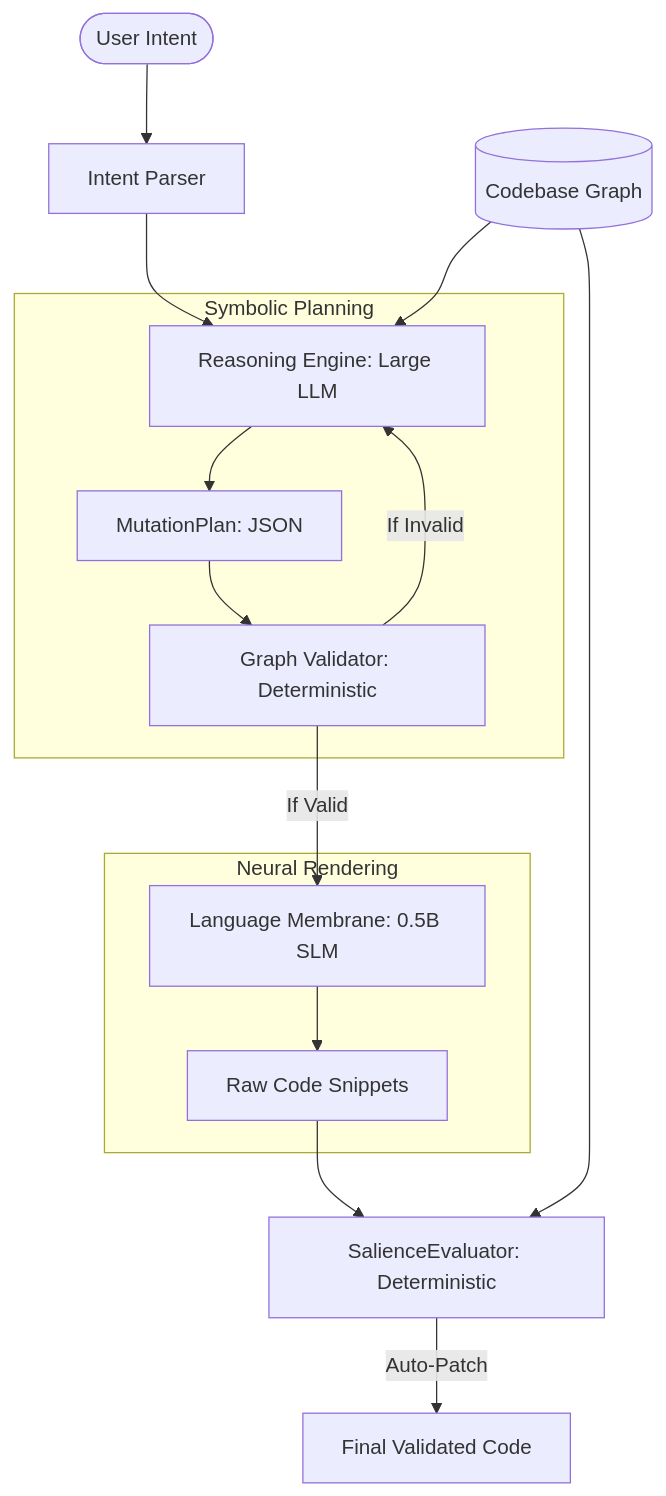
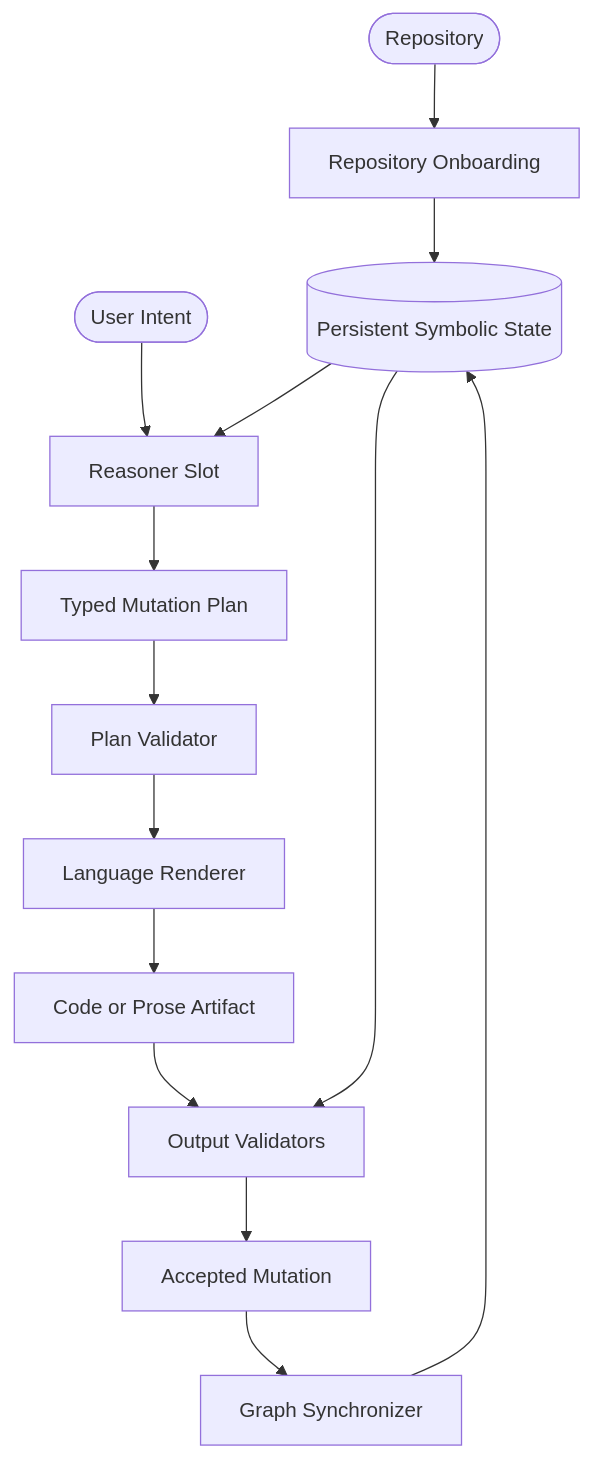
One commit to dchisholm125/graph-oriented-generation changed the diagram in GOG_architecture.md. Above: the diagram before and after it, drawn with Mermaid. The commit also changed other lines of this file and 22 other files, not shown here.

````diff
--- a/GOG_architecture.md
+++ b/GOG_architecture.md
@@ -83,22 +103,16 @@
 ```mermaid
 graph TD
-    User([User Intent]) --> IntentParser[Intent Parser]
-    IntentParser --> Architect[Reasoning Engine: Large LLM]
-    G[(Codebase Graph)] --> Architect
-    
-    subgraph "Symbolic Planning"
-    Architect --> Plan[MutationPlan: JSON]
-    Plan --> Validator[Graph Validator: Deterministic]
-    Validator -- "If Invalid" --> Architect
-    end
-    
-    Validator -- "If Valid" --> Renderer[Language Membrane: 0.5B SLM]
-    
-    subgraph "Neural Rendering"
-    Renderer --> Code[Raw Code Snippets]
-    end
-    
-    Code --> Evaluator[SalienceEvaluator: Deterministic]
-    G --> Evaluator
-    Evaluator -- "Auto-Patch" --> FinalCode[Final Validated Code]
+    Repo([Repository]) --> Onboard[Repository Onboarding]
+    Onboard --> State[(Persistent Symbolic State)]
+    User([User Intent]) --> Reasoner[Reasoner Slot]
+    State --> Reasoner
+    Reasoner --> Plan[Typed Mutation Plan]
+    Plan --> PlanValidator[Plan Validator]
+    PlanValidator --> Renderer[Language Renderer]
+    Renderer --> Artifact[Code or Prose Artifact]
+    Artifact --> OutputValidator[Output Validators]
+    State --> OutputValidator
+    OutputValidator --> Apply[Accepted Mutation]
+    Apply --> Sync[Graph Synchronizer]
+    Sync --> State
 ```
````
